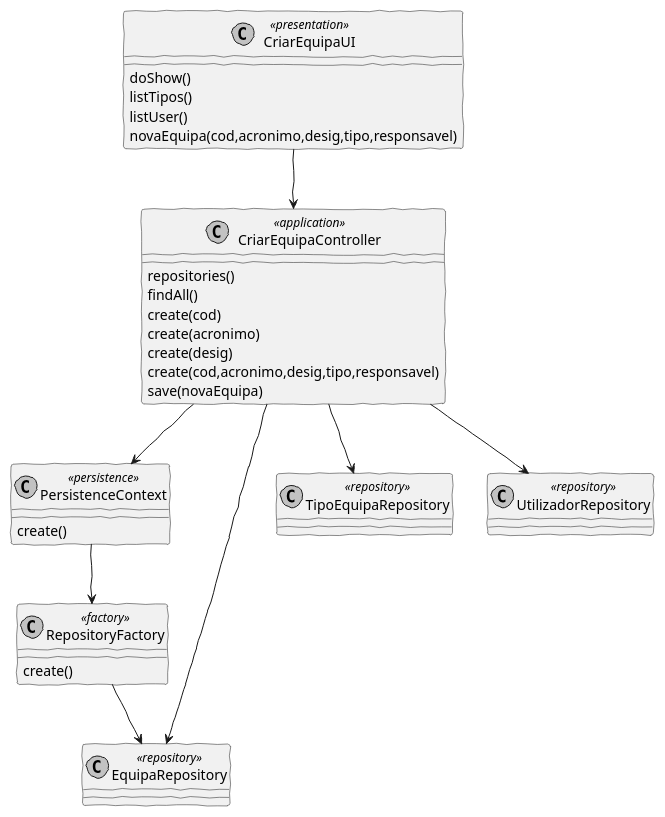
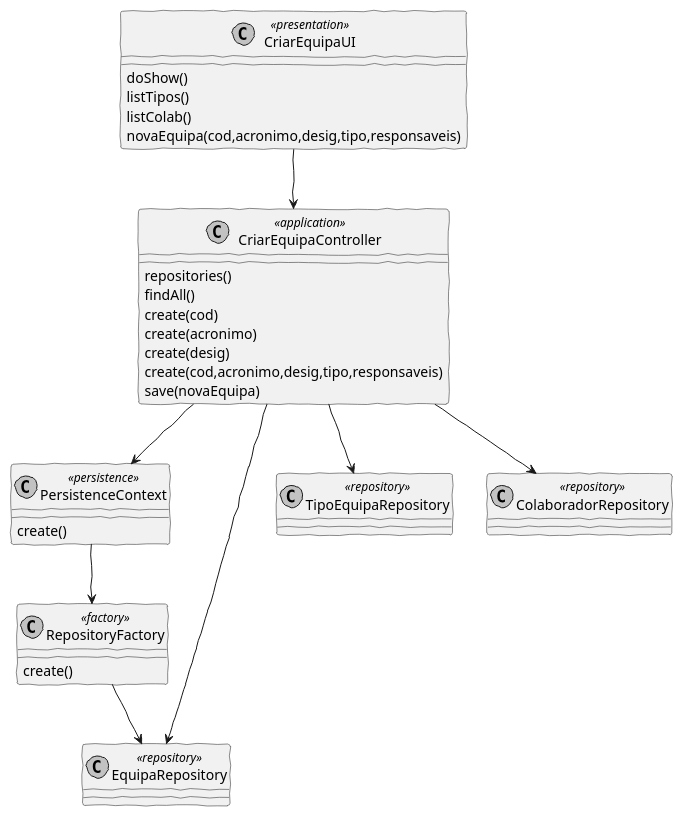
One commit to pedrolemos4/LAPR4 changed the diagram in docs/US2052_CriarEquipa/CriarEquipaCD.puml. Above: the diagram before and after it, drawn with PlantUML. The commit also changed 3 other files, not shown here.

```diff
--- a/docs/US2052_CriarEquipa/CriarEquipaCD.puml
+++ b/docs/US2052_CriarEquipa/CriarEquipaCD.puml
@@ -1,43 +1,43 @@
 @startuml
 'http://plantuml.com/skinparam.html
 skinparam handwritten true
 skinparam monochrome true
 skinparam packageStyle rect
 skinparam defaultFontName FG Virgil
 skinparam shadowing false
 
 class CriarEquipaUI <<presentation>>
 class CriarEquipaController <<application>>
 class PersistenceContext <<persistence>>
 class RepositoryFactory <<factory>>
 class EquipaRepository <<repository>>
 class TipoEquipaRepository <<repository>>
-class UtilizadorRepository <<repository>>
+class ColaboradorRepository <<repository>>
 
 
 CriarEquipaUI --> CriarEquipaController
 CriarEquipaUI : doShow()
 CriarEquipaUI : listTipos()
-CriarEquipaUI : listUser()
-CriarEquipaUI : novaEquipa(cod,acronimo,desig,tipo,responsavel)
+CriarEquipaUI : listColab()
+CriarEquipaUI : novaEquipa(cod,acronimo,desig,tipo,responsaveis)
 
 CriarEquipaController : repositories()
 CriarEquipaController : findAll()
 CriarEquipaController : create(cod)
 CriarEquipaController : create(acronimo)
 CriarEquipaController : create(desig)
-CriarEquipaController : create(cod,acronimo,desig,tipo,responsavel)
+CriarEquipaController : create(cod,acronimo,desig,tipo,responsaveis)
 CriarEquipaController : save(novaEquipa)
 
 CriarEquipaController --> EquipaRepository
 CriarEquipaController --> TipoEquipaRepository
-CriarEquipaController --> UtilizadorRepository
+CriarEquipaController --> ColaboradorRepository
 CriarEquipaController --> PersistenceContext
 PersistenceContext --> RepositoryFactory
 
 RepositoryFactory --> EquipaRepository
 RepositoryFactory : create()
 
 PersistenceContext : create()
 
 @enduml
```
